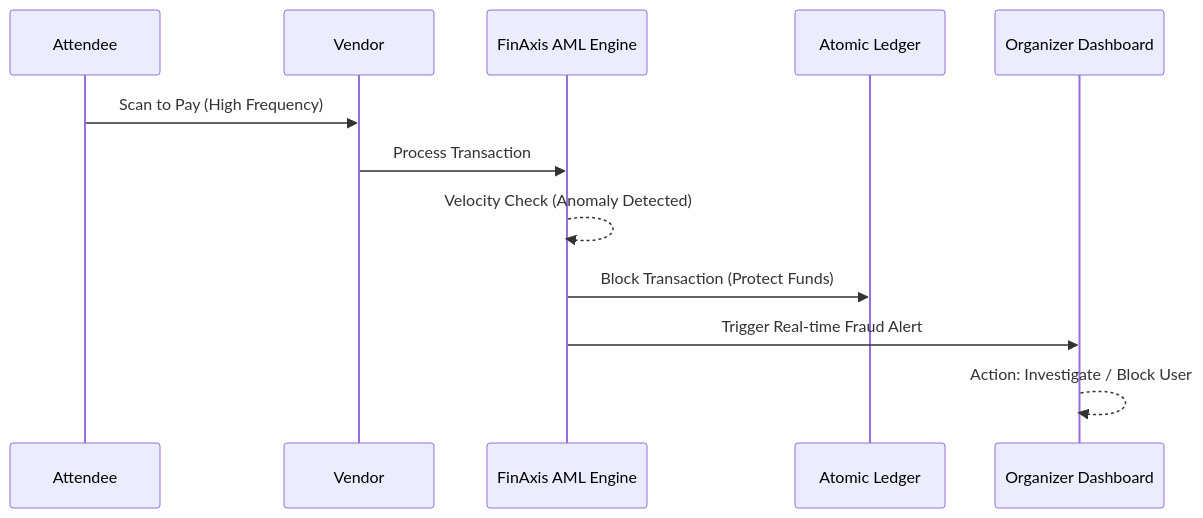
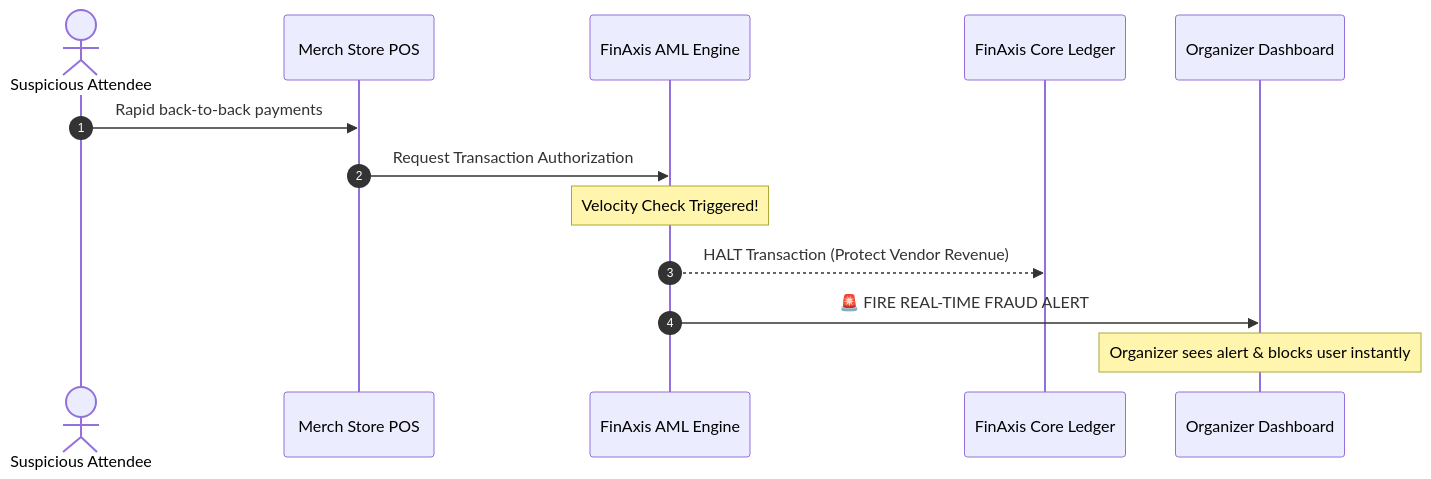
Before and after one commit to Raphasha27/finaxis-app: the second of 2 diagrams in README.md, drawn with Mermaid. The commit also changed other lines of this file, not shown here.

Commit message:
docs: massive README upgrade with live Vercel links, clearer diagrams, and Supabase roadmap

````diff
--- a/README.md
+++ b/README.md
@@ -66,15 +64,16 @@
 ```mermaid
 sequenceDiagram
-    participant Attendee
-    participant Vendor
-    participant FinAxis AML Engine
-    participant Atomic Ledger
-    participant Organizer Dashboard
+    autonumber
+    actor BadActor as Suspicious Attendee
+    participant Vendor as Merch Store POS
+    participant Engine as FinAxis AML Engine
+    participant Ledger as FinAxis Core Ledger
+    participant Admin as Organizer Dashboard
 
-    Attendee->>Vendor: Scan to Pay (High Frequency)
-    Vendor->>FinAxis AML Engine: Process Transaction
-    FinAxis AML Engine-->>FinAxis AML Engine: Velocity Check (Anomaly Detected)
-    FinAxis AML Engine->>Atomic Ledger: Block Transaction (Protect Funds)
-    FinAxis AML Engine->>Organizer Dashboard: Trigger Real-time Fraud Alert
-    Organizer Dashboard-->>Organizer Dashboard: Action: Investigate / Block User
+    BadActor->>Vendor: Rapid back-to-back payments
+    Vendor->>Engine: Request Transaction Authorization
+    note over Engine: Velocity Check Triggered!
+    Engine-->>Ledger: HALT Transaction (Protect Vendor Revenue)
+    Engine->>Admin: 🚨 FIRE REAL-TIME FRAUD ALERT
+    note over Admin: Organizer sees alert & blocks user instantly
 ```
````
